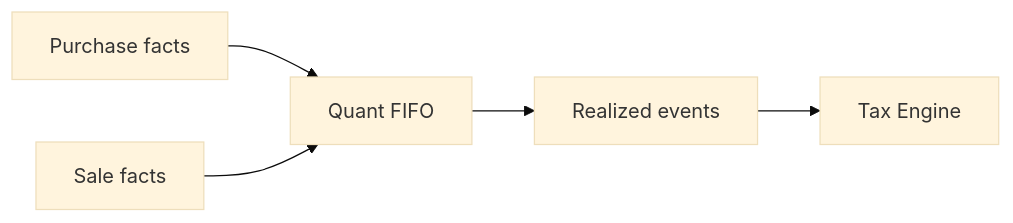
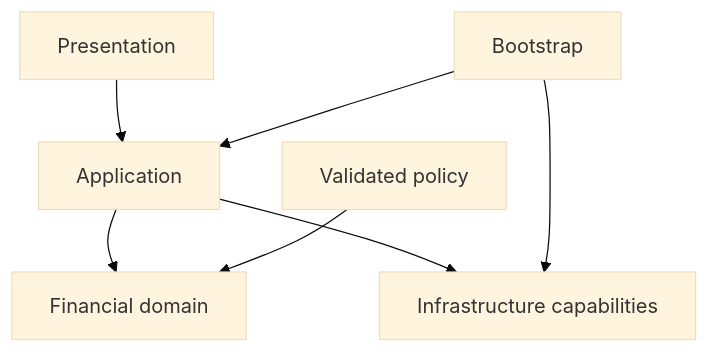
One commit to tks18/personal-finance-etl changed the fourth of 5 diagrams in docs/architecture/design-decisions.md. Above: the diagram before and after it, drawn with Mermaid (base theme). The commit also changed other lines of this file and 10 other files, not shown here.

Commit message:
docs: update docs/architecture for latest version

````diff
--- a/docs/architecture/design-decisions.md
+++ b/docs/architecture/design-decisions.md
@@ -180,7 +151,9 @@
 ```mermaid
-flowchart LR
-    BUY[Purchase facts] --> Q[Quant FIFO]
-    SALE[Sale facts] --> Q
-    Q --> R[Realized events]
-    R --> T[Tax Engine]
+flowchart TB
+    PRES[Presentation] --> APP[Application]
+    APP --> DOM[Financial domain]
+    APP --> INF[Infrastructure capabilities]
+    BOOT[Bootstrap] --> APP
+    BOOT --> INF
+    CFG[Validated policy] --> DOM
 ```
````
